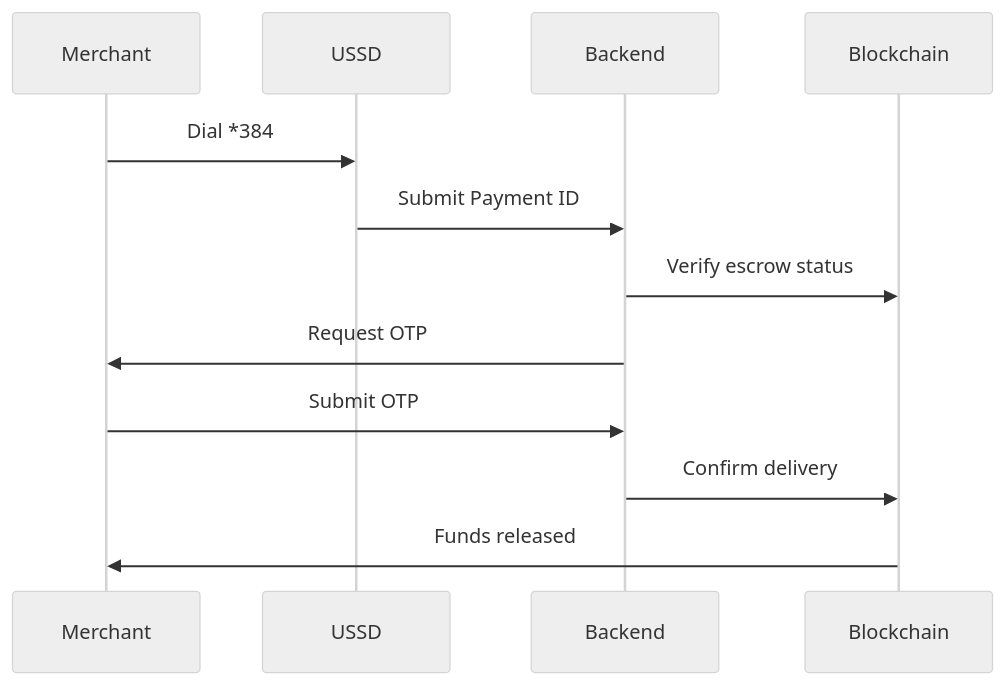
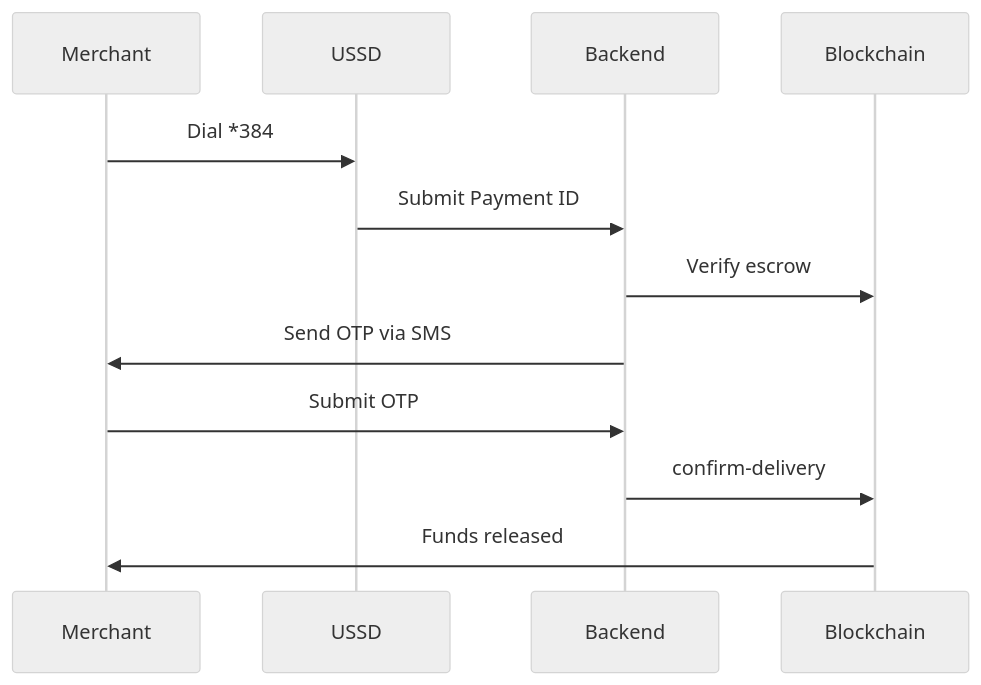
Before and after one commit to rogersterkaa/StacksBit: the fourth of 4 diagrams in README.md, drawn with Mermaid (neutral theme). The commit also changed other lines of this file, not shown here.

````diff
--- a/README.md
+++ b/README.md
@@ -94,15 +107,15 @@
 ```mermaid
 sequenceDiagram
     participant Merchant
     participant USSD
     participant Backend
     participant Blockchain
 
     Merchant->>USSD: Dial *384#
     USSD->>Backend: Submit Payment ID
-    Backend->>Blockchain: Verify escrow status
-    Backend->>Merchant: Request OTP
+    Backend->>Blockchain: Verify escrow
+    Backend->>Merchant: Send OTP via SMS
     Merchant->>Backend: Submit OTP
-    Backend->>Blockchain: Confirm delivery
+    Backend->>Blockchain: confirm-delivery
     Blockchain->>Merchant: Funds released
 ```
````
